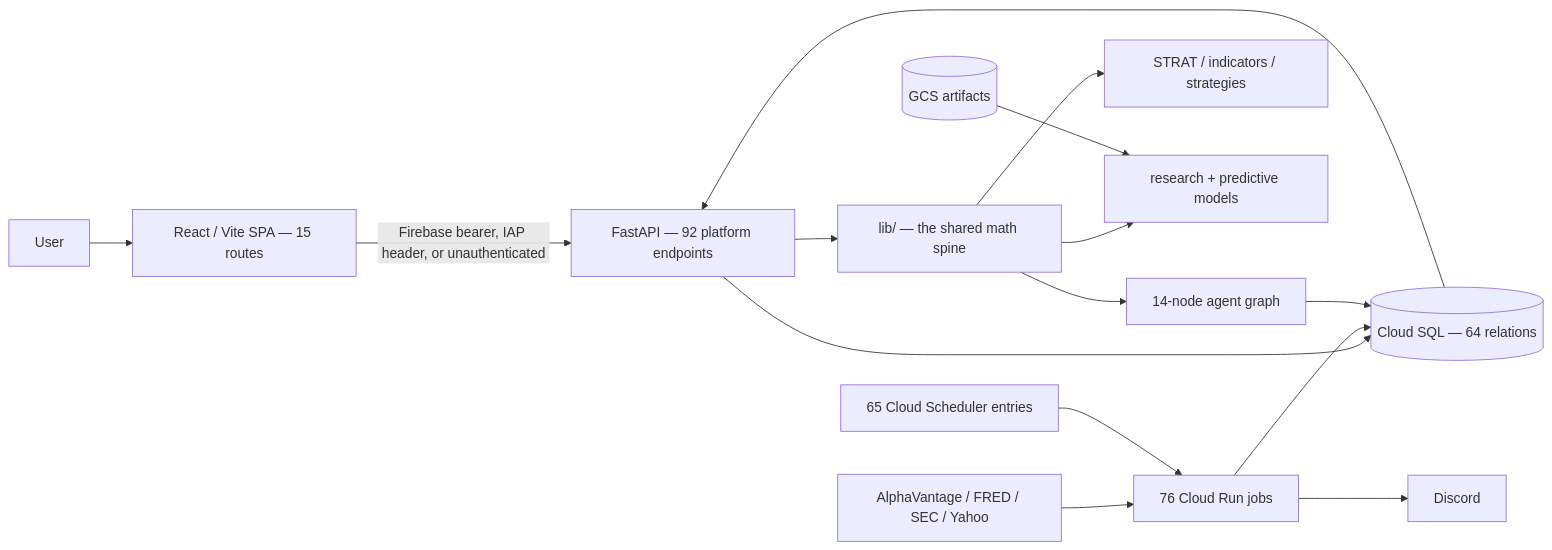
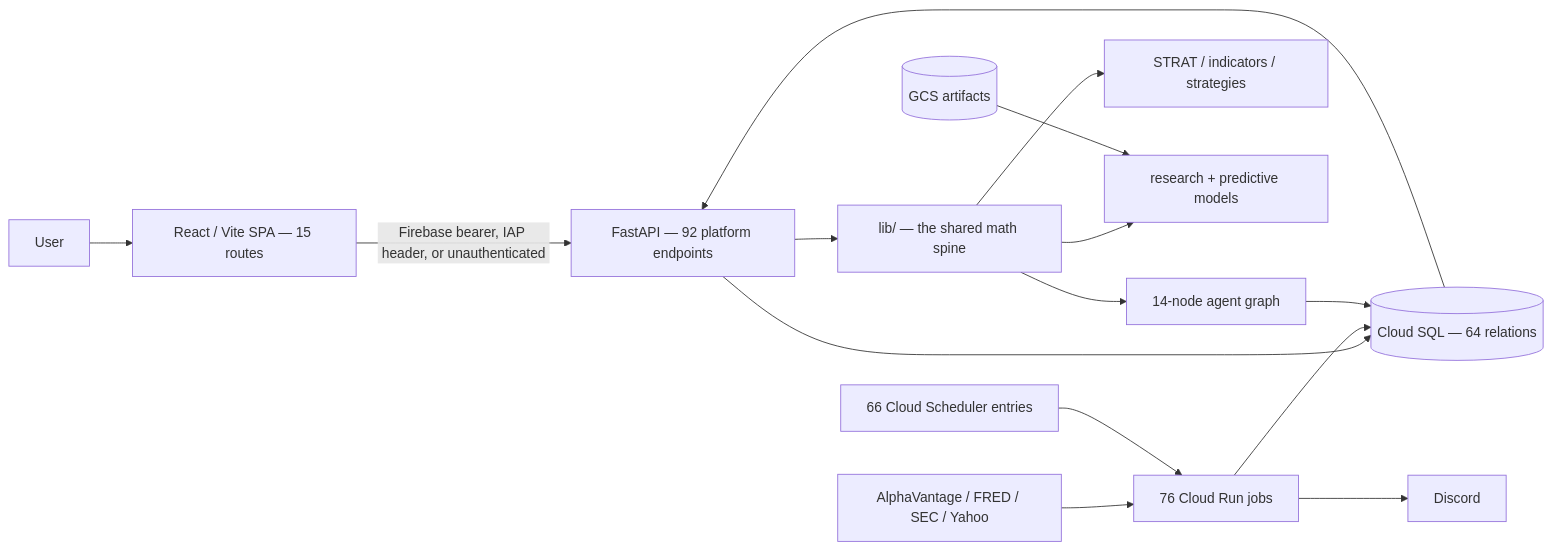
One commit to TeneikaAskew/stocks changed the first of 2 diagrams in docs/product/00-PRODUCT-OVERVIEW.md. Above: the diagram before and after it, drawn with Mermaid. The commit also changed other lines of this file and 7 other files, not shown here.

````diff
--- a/docs/product/00-PRODUCT-OVERVIEW.md
+++ b/docs/product/00-PRODUCT-OVERVIEW.md
@@ -39,17 +39,17 @@
 ```mermaid
 flowchart LR
  U[User] --> WEB[React / Vite SPA — 15 routes]
  WEB -->|Firebase bearer, IAP header, or unauthenticated| API[FastAPI — 92 platform endpoints]
  API --> LIB[lib/ — the shared math spine]
  API --> DB[(Cloud SQL — 64 relations)]
  SRC[AlphaVantage / FRED / SEC / Yahoo] --> JOBS[76 Cloud Run jobs]
- SCH[65 Cloud Scheduler entries] --> JOBS
+ SCH[66 Cloud Scheduler entries] --> JOBS
  JOBS --> DB
  LIB --> RULES[STRAT / indicators / strategies]
  LIB --> ML[research + predictive models]
  LIB --> LLM[14-node agent graph]
  LLM --> DB
  JOBS --> DISCORD[Discord]
  DB --> API
  GCS[(GCS artifacts)] --> ML
 ```
````
